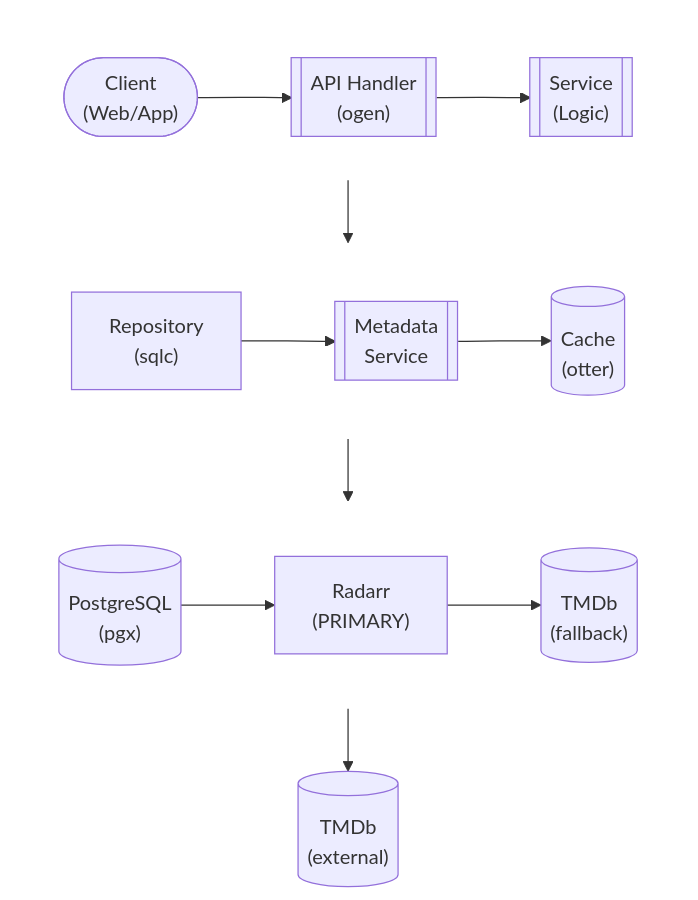
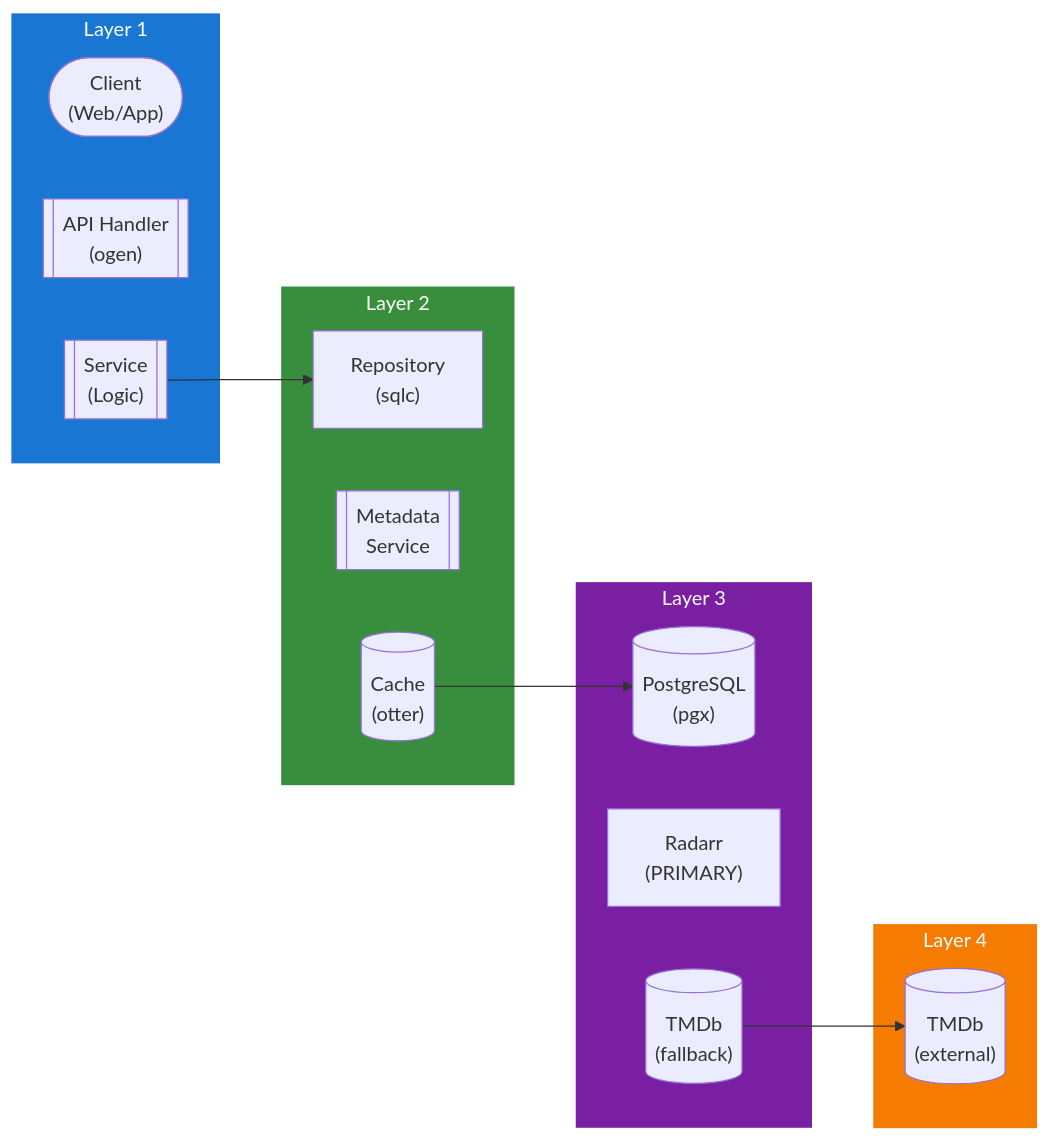
The diagram in docs/dev/design/features/video/MOVIE_MODULE.md (lusoris/revenge), drawn with Mermaid before and after one commit. The commit also changed 215 other files, not shown here.

First line of the commit message:
feat(diagrams): convert all ASCII diagrams to Mermaid with LR subgraphs

````diff
--- a/docs/dev/design/features/video/MOVIE_MODULE.md
+++ b/docs/dev/design/features/video/MOVIE_MODULE.md
@@ -58,36 +58,35 @@
 ```mermaid
-flowchart TD
-    subgraph row1[ ]
-        direction LR
+flowchart LR
+    subgraph Layer1["Layer 1"]
         node1(["Client<br/>(Web/App)"])
         node2[["API Handler<br/>(ogen)"]]
         node3[["Service<br/>(Logic)"]]
     end
-    subgraph row2[ ]
-        direction LR
+
+    subgraph Layer2["Layer 2"]
         node4["Repository<br/>(sqlc)"]
         node5[["Metadata<br/>Service"]]
         node6[("Cache<br/>(otter)")]
     end
-    subgraph row3[ ]
-        direction LR
+
+    subgraph Layer3["Layer 3"]
         node7[("PostgreSQL<br/>(pgx)")]
         node8["Radarr<br/>(PRIMARY)"]
         node9[("TMDb<br/>(fallback)")]
     end
-    node10[("TMDb<br/>(external)")]
-    node1 --> node2
-    node2 --> node3
-    node4 --> node5
-    node5 --> node6
-    node7 --> node8
-    node8 --> node9
+
+    subgraph Layer4["Layer 4"]
+        node10[("TMDb<br/>(external)")]
+    end
+
+    %% Connections
     node3 --> node4
     node6 --> node7
     node9 --> node10
 
-    %% Hide row subgraph borders
-    style row1 fill:transparent,stroke:transparent
-    style row2 fill:transparent,stroke:transparent
-    style row3 fill:transparent,stroke:transparent
+    %% Styling
+    style Layer1 fill:#1976D2,stroke:#1976D2,color:#fff
+    style Layer2 fill:#388E3C,stroke:#388E3C,color:#fff
+    style Layer3 fill:#7B1FA2,stroke:#7B1FA2,color:#fff
+    style Layer4 fill:#F57C00,stroke:#F57C00,color:#fff
 ```
````
